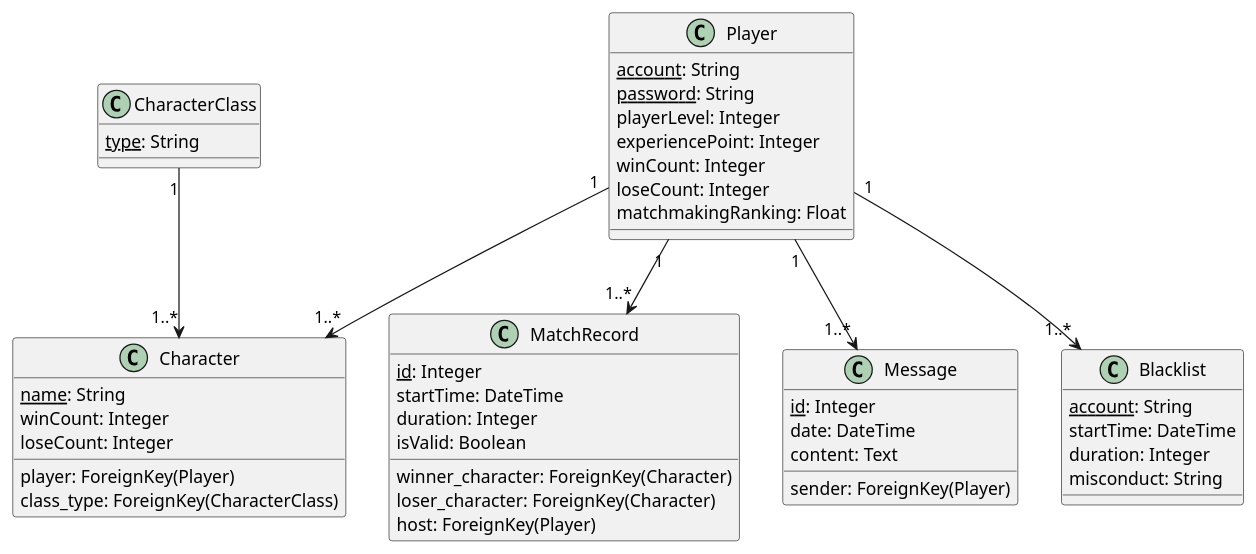
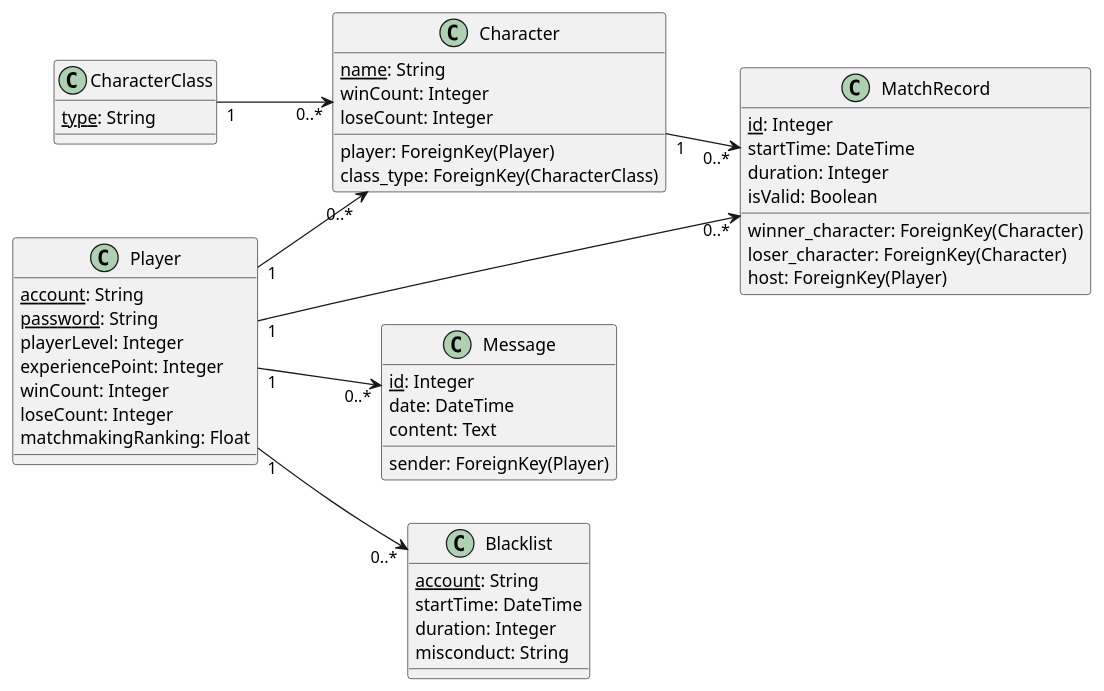
Before and after one commit to lzpmpc005/Simple_MOBA_Server_Simulator: the diagram in UMLdiagram/class.md, drawn with PlantUML. The commit also changed 4 other files, not shown here.

```diff
--- a/UMLdiagram/class.md
+++ b/UMLdiagram/class.md
@@ -1,55 +1,57 @@
 @startuml
+left to right direction
 class Player {
     <u>account</u>: String
     <u>password</u>: String
     playerLevel: Integer
     experiencePoint: Integer
     winCount: Integer
     loseCount: Integer
     matchmakingRanking: Float
 }
 
 class CharacterClass {
     <u>type</u>: String
 }
 
 class Character {
     <u>name</u>: String
     player: ForeignKey(Player)
     class_type: ForeignKey(CharacterClass)
     winCount: Integer
     loseCount: Integer
 }
 
 class MatchRecord {
     <u>id</u>: Integer
     startTime: DateTime
     duration: Integer
     isValid: Boolean
     winner_character: ForeignKey(Character)
     loser_character: ForeignKey(Character)
     host: ForeignKey(Player)
 }
 
 class Message {
     <u>id</u>: Integer
     date: DateTime
     sender: ForeignKey(Player)
     content: Text
 }
 
 class Blacklist {
     <u>account</u>: String
     startTime: DateTime
     duration: Integer
     misconduct: String
 }
 
-Player "1" --> "1..*" Character
-CharacterClass "1" --> "1..*" Character
-Player "1" --> "1..*" MatchRecord
-Player "1" --> "1..*" Message
-Player "1" --> "1..*" Blacklist
+Player "1" --> "0..*" Character
+CharacterClass "1" --> "0..*" Character
+Character "1" --> "0..*" MatchRecord
+Player "1" --> "0..*" MatchRecord
+Player "1" --> "0..*" Message
+Player "1" --> "0..*" Blacklist
 
 
 @enduml
```
